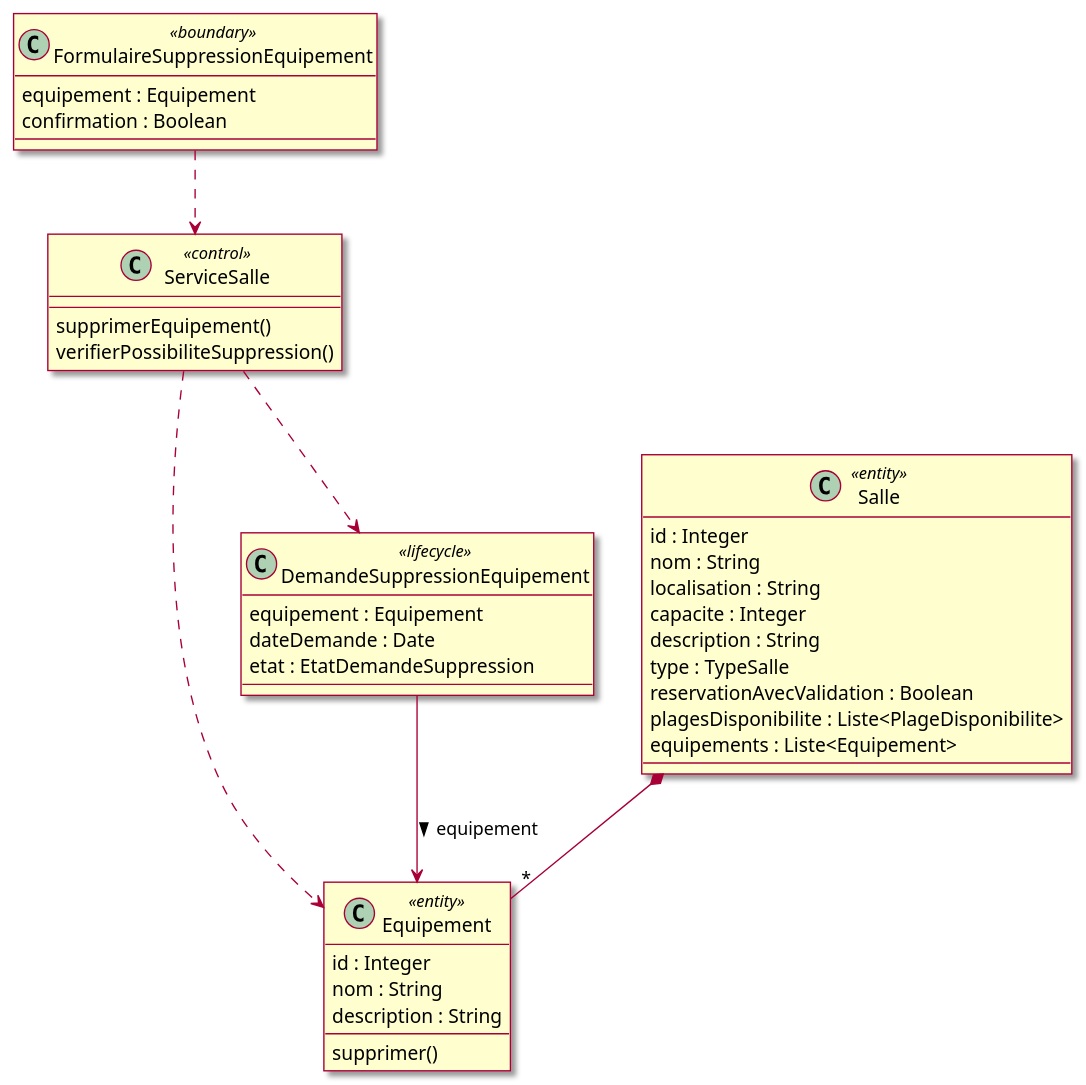
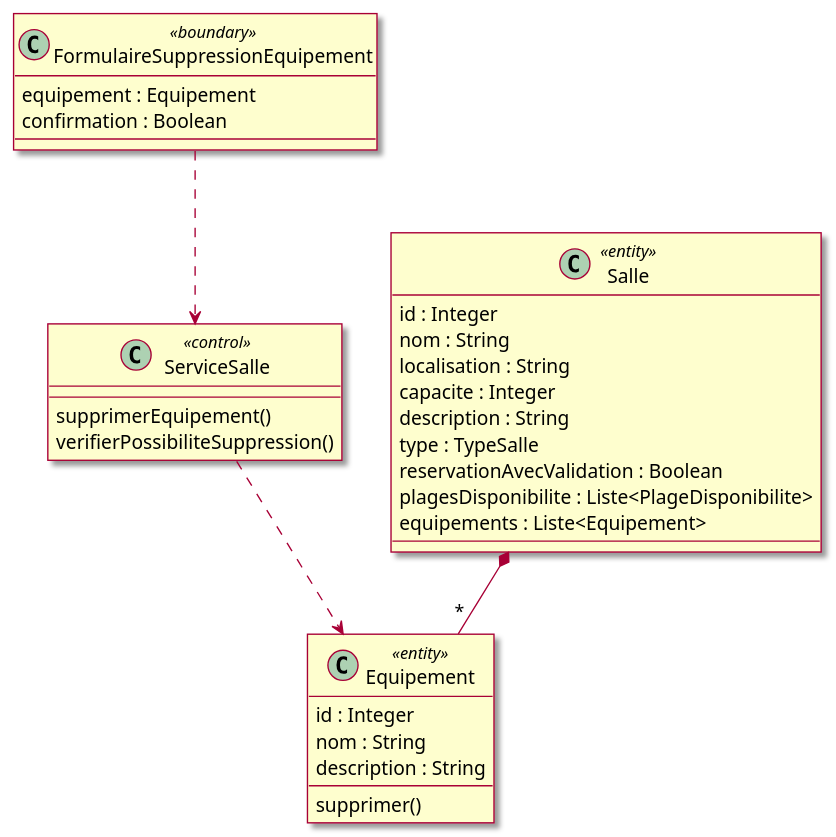
Before and after one commit to mrajaonson/glg204-room-management-system: diagram 28 of 56 in docs/02-Analyse.md, drawn with PlantUML. The commit also changed other lines of this file and 2 other files, not shown here.

````diff
--- a/docs/02-Analyse.md
+++ b/docs/02-Analyse.md
@@ -1041,48 +1021,40 @@
 ```plantuml
 @startuml
 skin rose
 
 class FormulaireSuppressionEquipement <<boundary>> {
   equipement : Equipement
   confirmation : Boolean
 }
 
 class ServiceSalle <<control>> {
   supprimerEquipement()
   verifierPossibiliteSuppression()
 }
 
 class Equipement <<entity>> {
   id : Integer
   nom : String
   description : String
 
   supprimer()
 }
 
 class Salle <<entity>> {
   id : Integer
   nom : String
   localisation : String
   capacite : Integer
   description : String
   type : TypeSalle
   reservationAvecValidation : Boolean
   plagesDisponibilite : Liste<PlageDisponibilite>
   equipements : Liste<Equipement>
 }
 
-class DemandeSuppressionEquipement <<lifecycle>> {
-  equipement : Equipement
-  dateDemande : Date
-  etat : EtatDemandeSuppression
-}
-
 FormulaireSuppressionEquipement ..> ServiceSalle
 ServiceSalle ..> Equipement
-ServiceSalle ..> DemandeSuppressionEquipement
 Salle *-- "*" Equipement
-DemandeSuppressionEquipement --> Equipement : > equipement
 
 @enduml
 ```
````
